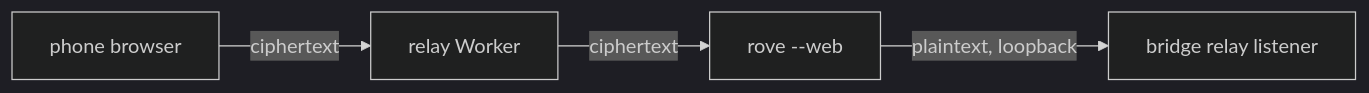
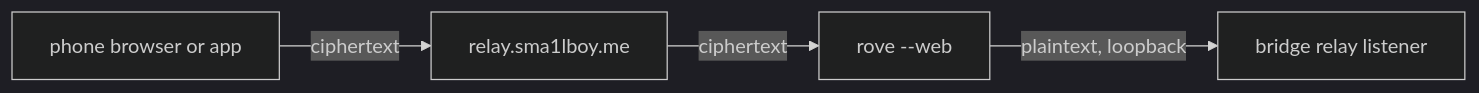
One commit to Sma1lboy/rove changed the diagram in docs/WEB.md. Above: the diagram before and after it, drawn with Mermaid (dark theme). The commit also changed other lines of this file and 31 other files, not shown here.

First line of the commit message:
feat: pair a phone from Settings through Rove's hosted relay

````diff
--- a/docs/WEB.md
+++ b/docs/WEB.md
@@ -384,5 +385,5 @@
 ```mermaid
 flowchart LR
-  B[phone browser] -- ciphertext --> W[relay Worker] -- ciphertext --> A[rove --web]
+  B[phone browser or app] -- ciphertext --> W[relay.sma1lboy.me] -- ciphertext --> A[rove --web]
   A -- plaintext, loopback --> I[bridge relay listener]
 ```
````
